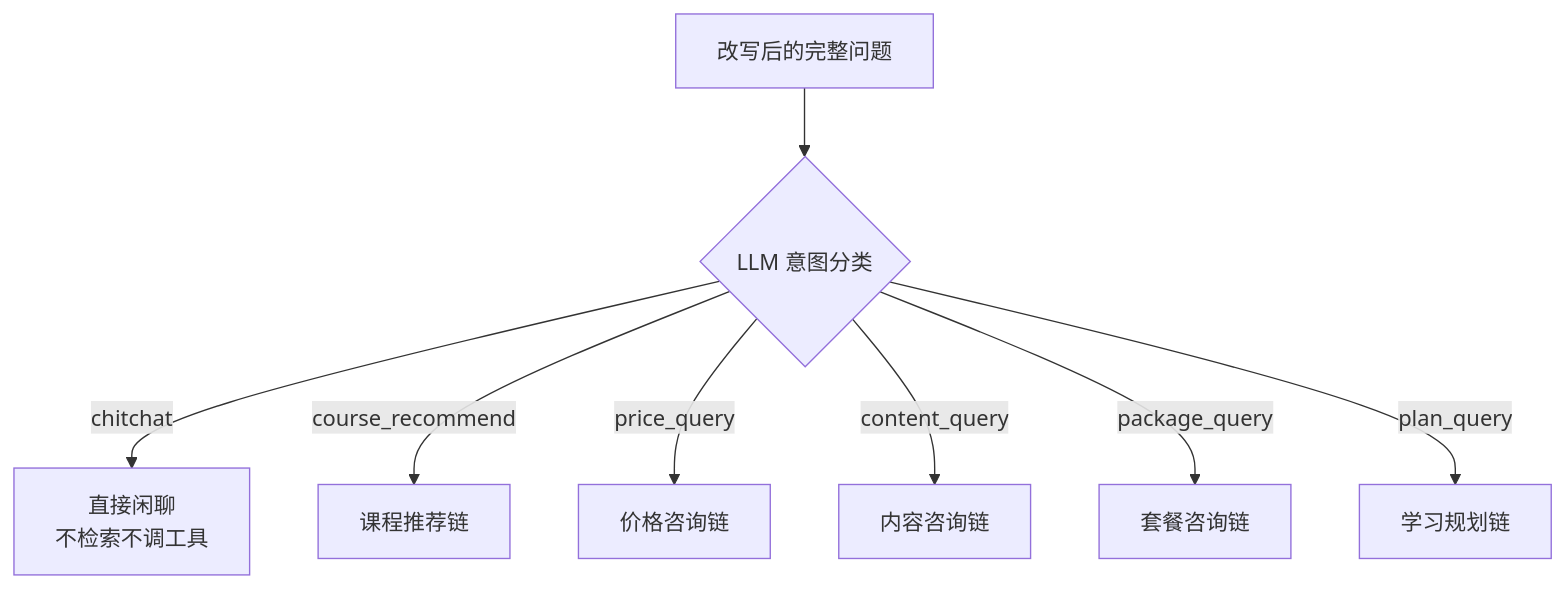
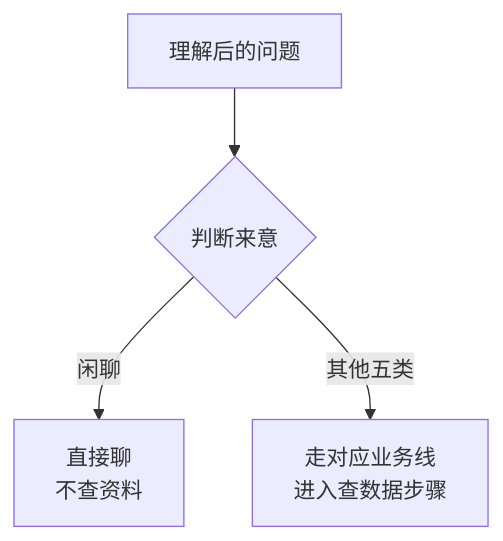
Before and after one commit to GodShelvis/agent-demo: the third of 3 diagrams in README.md, drawn with Mermaid. The commit also changed other lines of this file, not shown here.

````diff
--- a/README.md
+++ b/README.md
@@ -83,10 +107,6 @@
 ```mermaid
 flowchart TD
-    Q["改写后的完整问题"] --> C{"LLM 意图分类"}
-    C -->|"chitchat"| CH["直接闲聊<br/>不检索不调工具"]
-    C -->|"course_recommend"| R["课程推荐链"]
-    C -->|"price_query"| P["价格咨询链"]
-    C -->|"content_query"| CT["内容咨询链"]
-    C -->|"package_query"| PK["套餐咨询链"]
-    C -->|"plan_query"| PL["学习规划链"]
+    Q["理解后的问题"] --> C{"判断来意"}
+    C -->|"闲聊"| CH["直接聊<br/>不查资料"]
+    C -->|"其他五类"| R["走对应业务线<br/>进入查数据步骤"]
 ```
````
